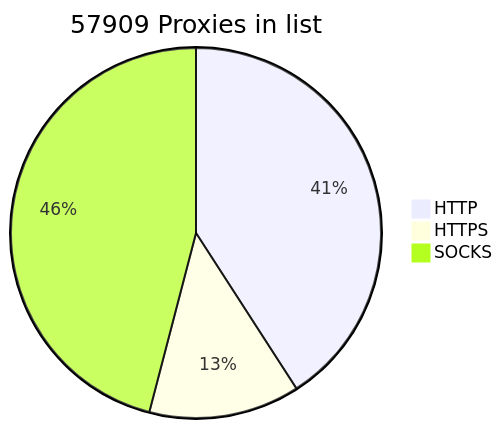
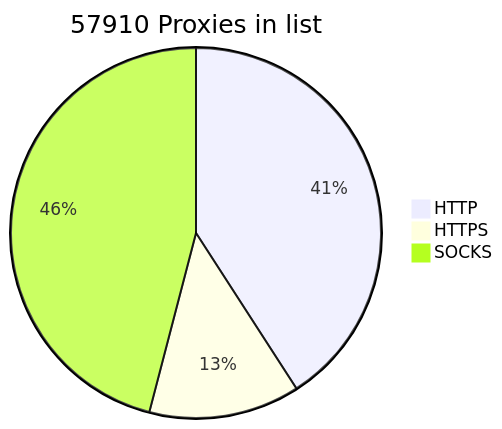
Before and after one commit to BlackSnowDot/proxylist-update-every-minute: the diagram in README.md, drawn with Mermaid.

````diff
--- a/README.md
+++ b/README.md
@@ -2,6 +2,6 @@
 ```mermaid
-pie title 57909 Proxies in list
+pie title 57910 Proxies in list
     "HTTP" : 26643
     "HTTPS": 8596
-    "SOCKS" : 29945
+    "SOCKS" : 29946
 ```
````
